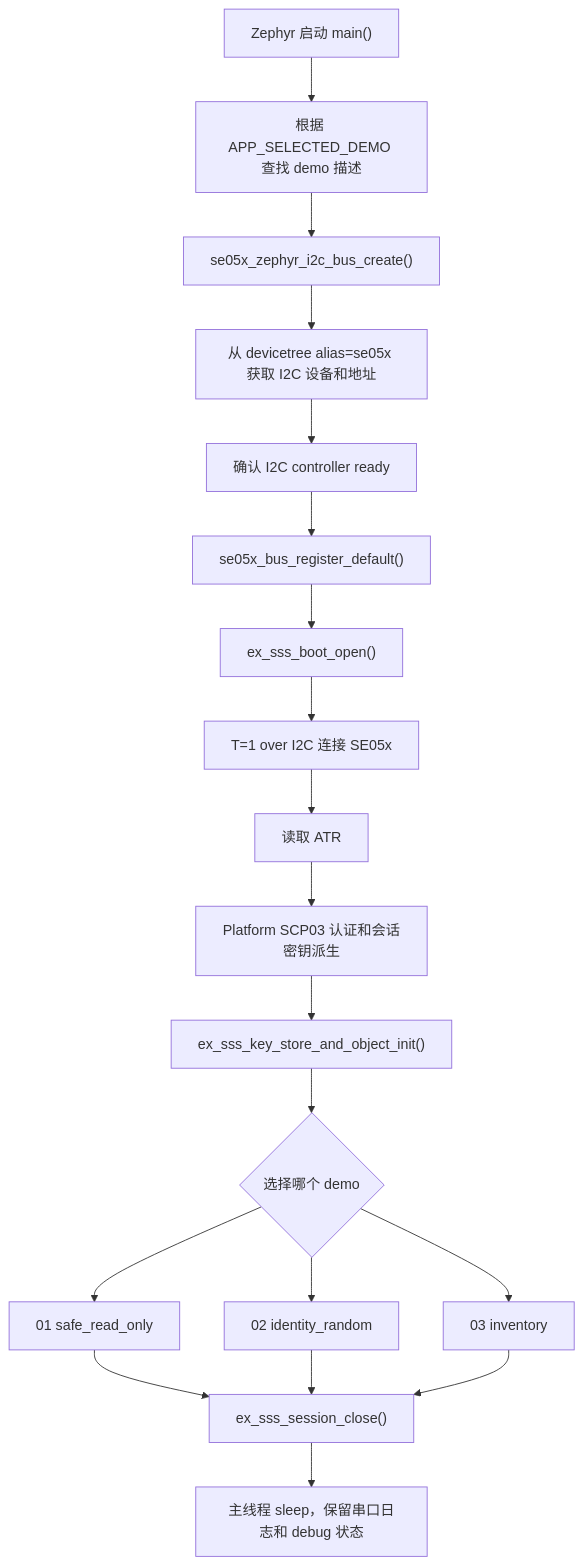
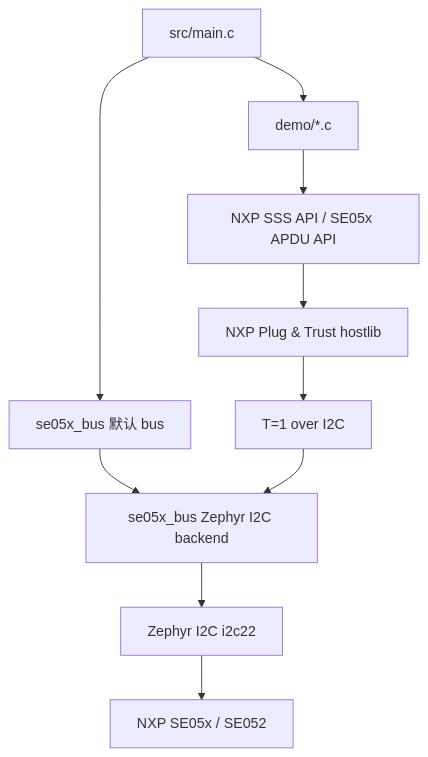
The diagram in README.md (tianrking/nrf54lm20-se05x-ncs), drawn with Mermaid before and after one commit. The commit also changed other lines of this file and 5 other files, not shown here.

````diff
--- a/README.md
+++ b/README.md
@@ -215,21 +103,12 @@
 ```mermaid
 flowchart TD
-    A["Zephyr 启动 main()"] --> B["根据 APP_SELECTED_DEMO 查找 demo 描述"]
-    B --> C["se05x_zephyr_i2c_bus_create()"]
-    C --> D["从 devicetree alias=se05x 获取 I2C 设备和地址"]
-    D --> E["确认 I2C controller ready"]
-    E --> F["se05x_bus_register_default()"]
-    F --> G["ex_sss_boot_open()"]
-    G --> H["T=1 over I2C 连接 SE05x"]
-    H --> I["读取 ATR"]
-    I --> J["Platform SCP03 认证和会话密钥派生"]
-    J --> K["ex_sss_key_store_and_object_init()"]
-    K --> L{"选择哪个 demo"}
-    L --> M["01 safe_read_only"]
-    L --> N["02 identity_random"]
-    L --> O["03 inventory"]
-    M --> P["ex_sss_session_close()"]
-    N --> P
-    O --> P
-    P --> Q["主线程 sleep，保留串口日志和 debug 状态"]
+    A["src/main.c"] --> B["demo/*.c"]
+    A --> C["se05x_bus 默认 bus"]
+    C --> D["se05x_bus Zephyr I2C backend"]
+    B --> E["NXP SSS API / SE05x APDU API"]
+    E --> F["NXP Plug & Trust hostlib"]
+    F --> G["T=1 over I2C"]
+    G --> D
+    D --> H["Zephyr I2C i2c22"]
+    H --> I["NXP SE05x / SE052"]
 ```
````
